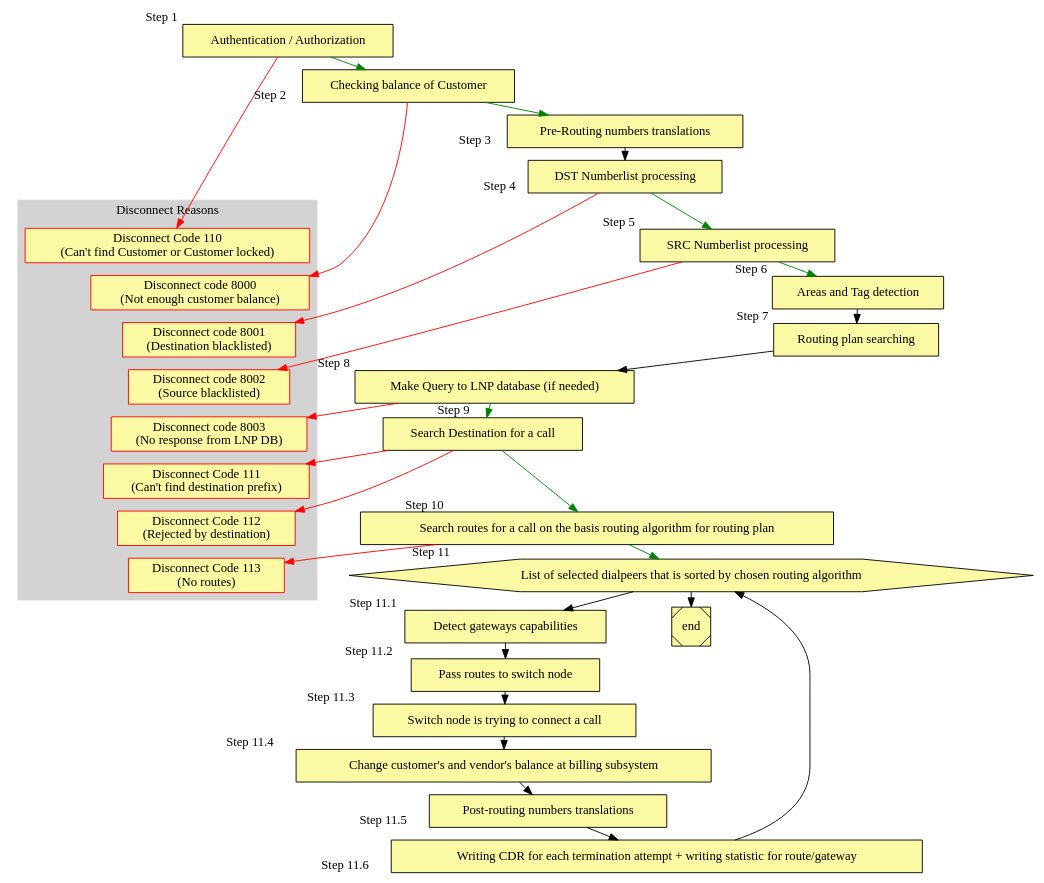
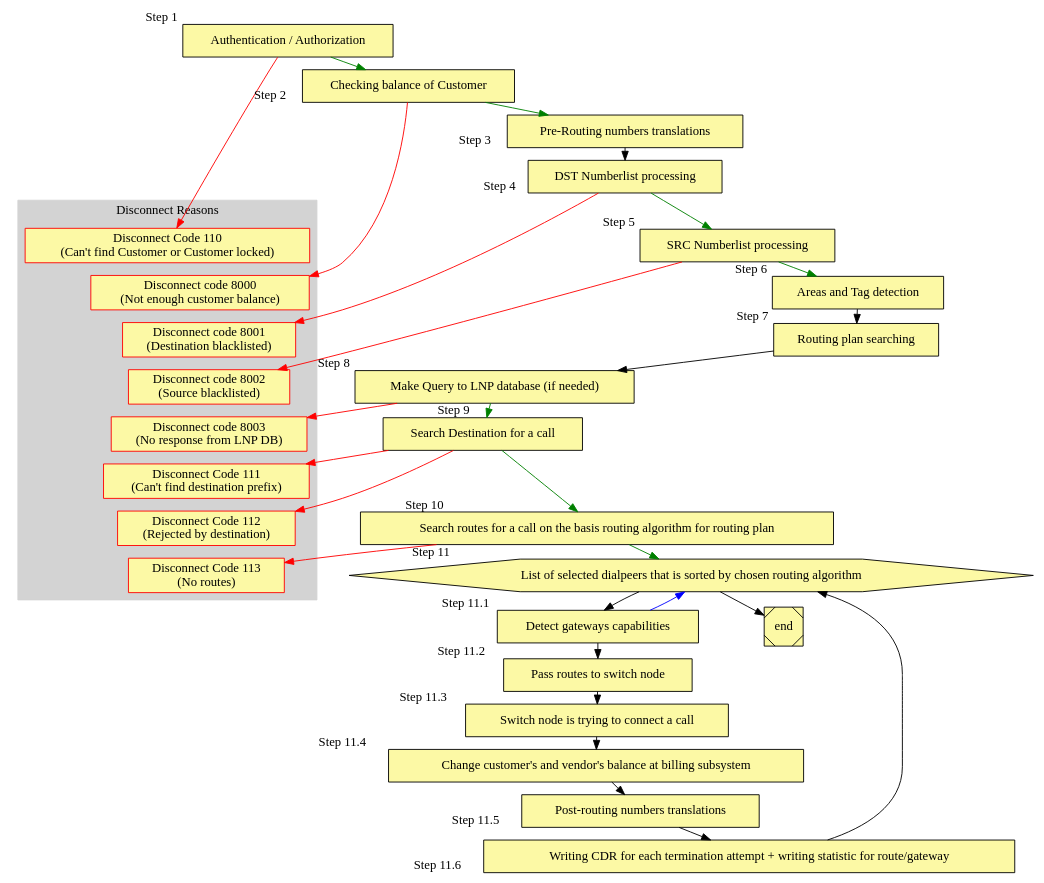
One commit to yeti-switch/doc changed the diagram in docs/en/graphviz/general.dot. Above: the diagram before and after it, drawn with Graphviz. The commit also changed 3 other files, not shown here.

```diff
--- a/docs/en/graphviz/general.dot
+++ b/docs/en/graphviz/general.dot
@@ -1,80 +1,81 @@
 digraph General {
 
     node [style=filled; fillcolor="#FCF9A5"];
     graph [nodesep=1, ranksep=0.2, mindist=0.5];
 
     subgraph cluster_DC {
         style=filled;
         color=lightgrey;
         node [style=filled,color=red];
 
         reason1 [label = "Disconnect Code 110 \n(Can't find Customer or Customer locked)"; shape=box; sides=4 ];
         reason2 [label = "Disconnect code 8000 \n(Not enough customer balance)"; shape=box; sides=4 ];
         reason3 [label = "Disconnect code 8001 \n(Destination blacklisted)"; shape=box; sides=4 ];
         reason4 [label = "Disconnect code 8002 \n(Source blacklisted)"; shape=box; sides=4 ];
         reason5 [label = "Disconnect code 8003 \n(No response from LNP DB)"; shape=box; sides=4 ];
         reason6 [label = "Disconnect Code 111 \n(Can't find destination prefix)"; shape=box; sides=4 ];
         reason7 [label = "Disconnect Code 112 \n(Rejected by destination)"; shape=box; sides=4 ];
         reason8 [label = "Disconnect Code 113 \n(No routes)"; shape=box; sides=4 ];
 
         reason1->reason2 [style=invis];
         reason2->reason3 [style=invis];
         reason3->reason4 [style=invis];
         reason4->reason5 [style=invis];
         reason5->reason6 [style=invis];
         reason6->reason7 [style=invis];
         reason7->reason8 [style=invis];
         label = "Disconnect Reasons";
     }
 
 
     block1 [label = "Authentication / Authorization"; xlabel = "Step 1"; shape=box; sides=4 ];
     block2 [label = "Checking balance of Customer"; xlabel = "Step 2   "; shape=box; sides=4 ];
     block3 [label = "Pre-Routing numbers translations"; xlabel = "Step 3   "; shape=box; sides=4 ];
     block4 [label = "DST Numberlist processing"; xlabel = "Step 4  "; shape=box; sides=4 ];
     block5 [label = "SRC Numberlist processing"; xlabel = "Step 5"; shape=box; sides=4 ];
     block6 [label = "Areas and Tag detection"; xlabel = "Step 6"; shape=box; sides=4 ];
     block7 [label = "Routing plan searching"; xlabel = "Step 7"; shape=box; sides=4 ];
     block8 [label = "Make Query to LNP database (if needed)"; xlabel = "Step 8"; shape=box; sides=4 ];
     block9 [label = "Search Destination for a call"; xlabel = "              Step 9"; shape=box; sides=4 ];
     block10 [label = "Search routes for a call on the basis routing algorithm for routing plan"; xlabel = "           Step 10"; shape=box; sides=4 ];
 
     block11 [label = "List of selected dialpeers that is sorted by chosen routing algorithm"; xlabel = "                Step 11"; shape=hexagon];
     block12 [label = "Detect gateways capabilities"; xlabel = "Step 11.1"; shape=box; sides=4 ];
     block13 [label = "Pass routes to switch node"; xlabel = "Step 11.2   "; shape=box; sides=4 ];
     block14 [label = "Switch node is trying to connect a call"; xlabel = "Step 11.3   "; shape=box; sides=4 ];
     block15 [label = "Change customer's and vendor's balance at billing subsystem"; xlabel = "Step 11.4    "; shape=box; sides=4 ];
     block16 [label = "Post-routing numbers translations"; xlabel = "Step 11.5    "; shape=box; sides=4 ];
     block17 [label = "Writing CDR for each termination attempt + writing statistic for route/gateway"; xlabel = "Step 11.6    "; shape=box; sides=4 ];
     end [shape=Msquare];
 
     block1 -> block2 [color=green];
     block1 -> reason1 [color=red];
 
     block2 -> block3 [color=green];
     block2 -> reason2 [color=red];
     block3 -> block4 [color=black];
     block4 -> block5 [color=green];
     block4 -> reason3 [color=red];
     block5 -> block6 [color=green];
     block5 -> reason4 [color=red];
     block6 -> block7 [color=black];
     block7 -> block8 [color=black];
     block8 -> block9 [color=green];
     block8 -> reason5 [color=red];
     block9 -> block10 [color=green];
     block9 -> reason6 [color=red];
     block9 -> reason7 [color=red];
     block10 -> block11 [color=green];
     block10 -> reason8 [color=red];
     block11 -> block12 [color=black];
     block12 -> block13 [color=black];
+    block12 -> block11 [color=blue];
     block13 -> block14 [color=black];
     block14 -> block15 [color=black];
     block15 -> block16 [color=black];
     block16 -> block17 [color=black];
     block17 -> block11 [color=black];
     block11 -> end [color=black];
 
 
 }
```
